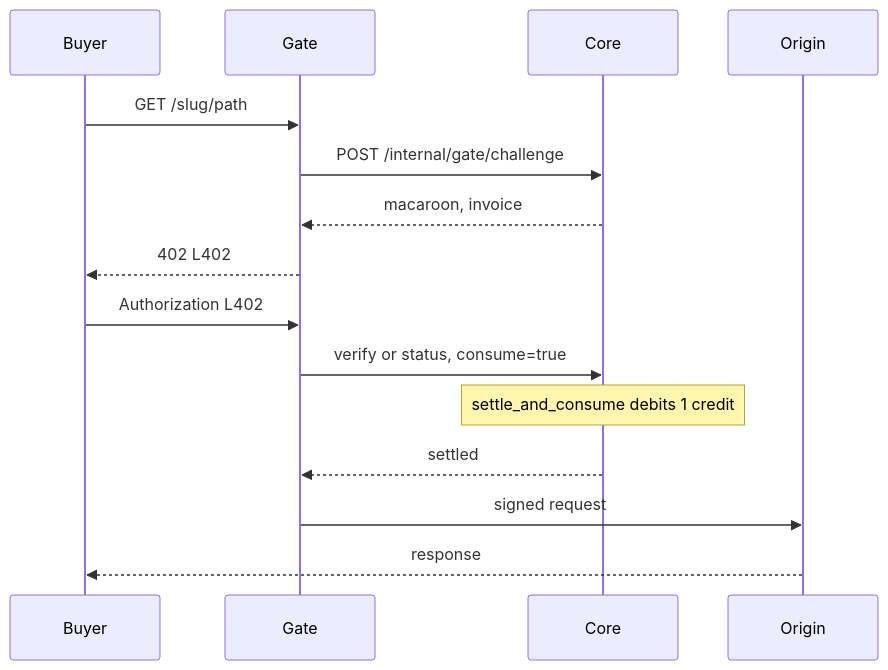
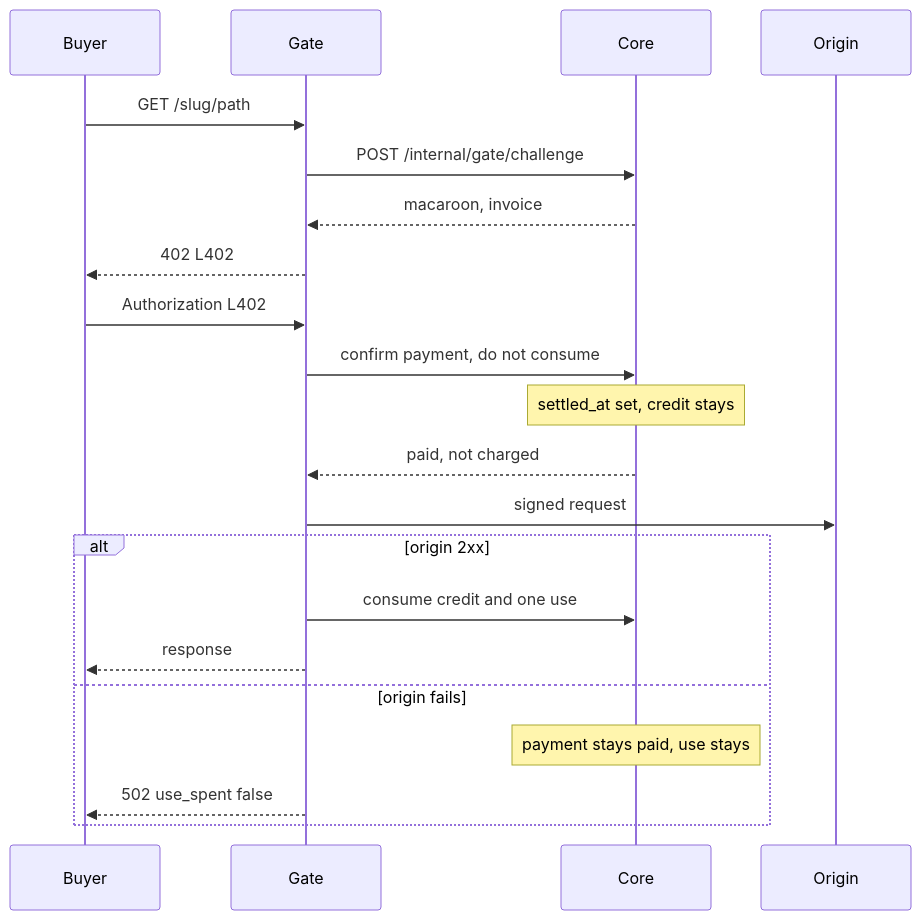
Before and after one commit to Mike-io-hash/satsgate: the first of 4 diagrams in docs/x402-design.md, drawn with Mermaid. The commit also changed other lines of this file, not shown here.

First line of the commit message:
Record the x402 flow and credit-timing decisions.

````diff
--- a/docs/x402-design.md
+++ b/docs/x402-design.md
@@ -46,17 +58,23 @@
 ```mermaid
 sequenceDiagram
   participant Buyer
   participant Gate
   participant Core
   participant Origin
   Buyer->>Gate: GET /slug/path
   Gate->>Core: POST /internal/gate/challenge
   Core-->>Gate: macaroon, invoice
   Gate-->>Buyer: 402 L402
   Buyer->>Gate: Authorization L402
-  Gate->>Core: verify or status, consume=true
-  Note over Core: settle_and_consume debits 1 credit
-  Core-->>Gate: settled
+  Gate->>Core: confirm payment, do not consume
+  Note over Core: settled_at set, credit stays
+  Core-->>Gate: paid, not charged
   Gate->>Origin: signed request
-  Origin-->>Buyer: response
+  alt origin 2xx
+    Gate->>Core: consume credit and one use
+    Gate-->>Buyer: response
+  else origin fails
+    Note over Core: payment stays paid, use stays
+    Gate-->>Buyer: 502 use_spent false
+  end
 ```
````
